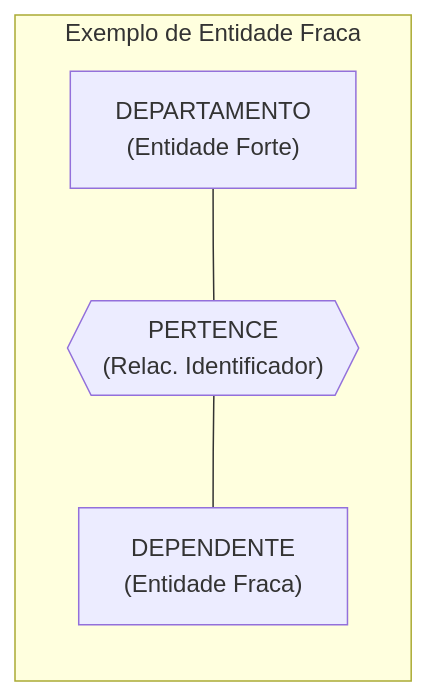
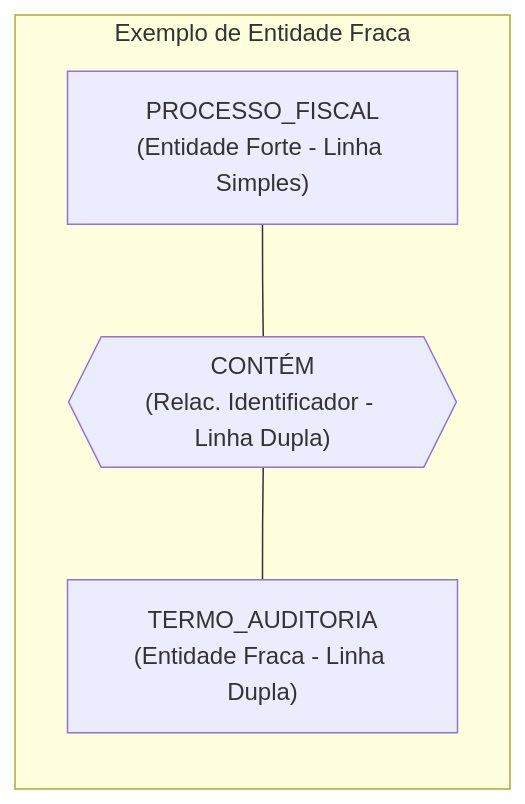
Before and after one commit to thiagosantos346/TCE-GO-2027: the second of 5 diagrams in fontes_de_estudo/conhecimentos_especificos_b02_ti/08_banco_de_dados/01_modelagem_de_dados_mer_e_normalizacao.md, drawn with Mermaid. The commit also changed other lines of this file and 119 other files, not shown here.

````diff
--- a/fontes_de_estudo/conhecimentos_especificos_b02_ti/08_banco_de_dados/01_modelagem_de_dados_mer_e_normalizacao.md
+++ b/fontes_de_estudo/conhecimentos_especificos_b02_ti/08_banco_de_dados/01_modelagem_de_dados_mer_e_normalizacao.md
@@ -106,7 +106,7 @@
 ```mermaid
 flowchart LR
     subgraph Dominio_Funcional["Exemplo de Entidade Fraca"]
-        D["DEPARTAMENTO<br/>(Entidade Forte)"] --- RelId{{"PERTENCE<br/>(Relac. Identificador)"}}
-        RelId --- Dep["DEPENDENTE<br/>(Entidade Fraca)"]
+        D["PROCESSO_FISCAL<br/>(Entidade Forte - Linha Simples)"] --- RelId{{"CONTÉM<br/>(Relac. Identificador - Linha Dupla)"}}
+        RelId --- Dep["TERMO_AUDITORIA<br/>(Entidade Fraca - Linha Dupla)"]
     end
 ```
````
